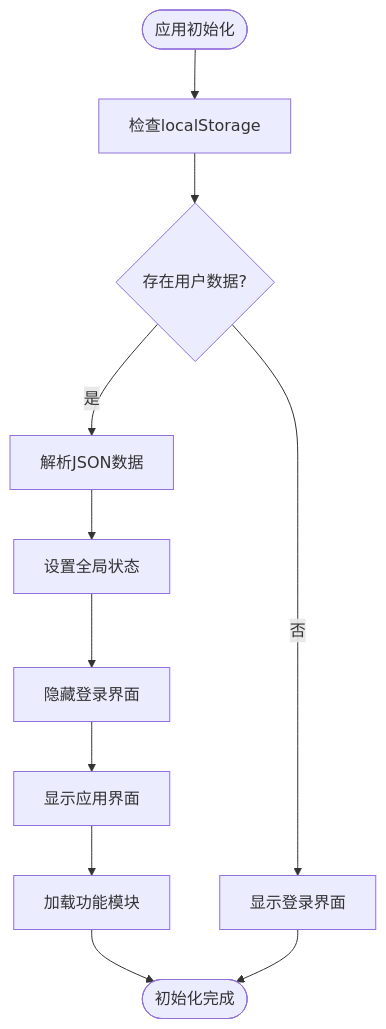
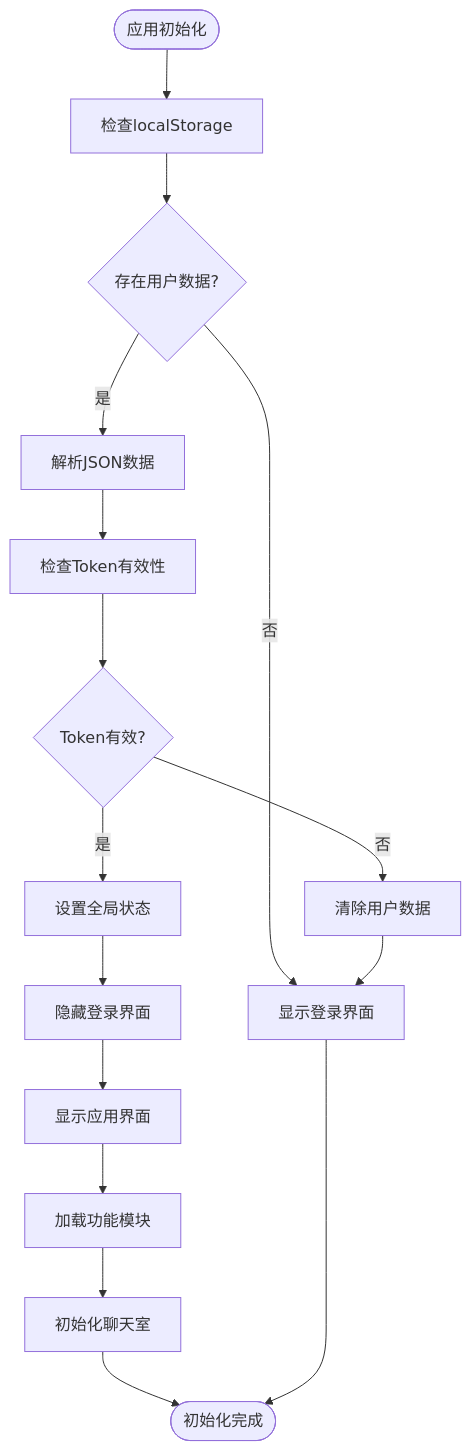
The ninth of 28 diagrams in .qoder/repowiki/zh/content/Web界面/JavaScript交互逻辑/用户认证系统.md (qq20739111/weilushishe-lishitai), drawn with Mermaid before and after one commit. The commit also changed other lines of this file and 23 other files, not shown here.

````diff
--- a/.qoder/repowiki/zh/content/Web界面/JavaScript交互逻辑/用户认证系统.md
+++ b/.qoder/repowiki/zh/content/Web界面/JavaScript交互逻辑/用户认证系统.md
@@ -295,13 +389,18 @@
 ```mermaid
 flowchart TD
 Start([应用初始化]) --> CheckLocalStorage["检查localStorage"]
 CheckLocalStorage --> HasData{"存在用户数据?"}
 HasData --> |是| ParseData["解析JSON数据"]
 HasData --> |否| ShowLogin["显示登录界面"]
-ParseData --> SetGlobalState["设置全局状态"]
+ParseData --> CheckToken["检查Token有效性"]
+CheckToken --> TokenValid{"Token有效?"}
+TokenValid --> |否| RemoveUser["清除用户数据"]
+TokenValid --> |是| SetGlobalState["设置全局状态"]
+RemoveUser --> ShowLogin
 SetGlobalState --> HideLogin["隐藏登录界面"]
 HideLogin --> ShowApp["显示应用界面"]
 ShowApp --> LoadFeatures["加载功能模块"]
-LoadFeatures --> End([初始化完成])
+LoadFeatures --> InitChat["初始化聊天室"]
+InitChat --> End([初始化完成])
 ShowLogin --> End
 ```
````
